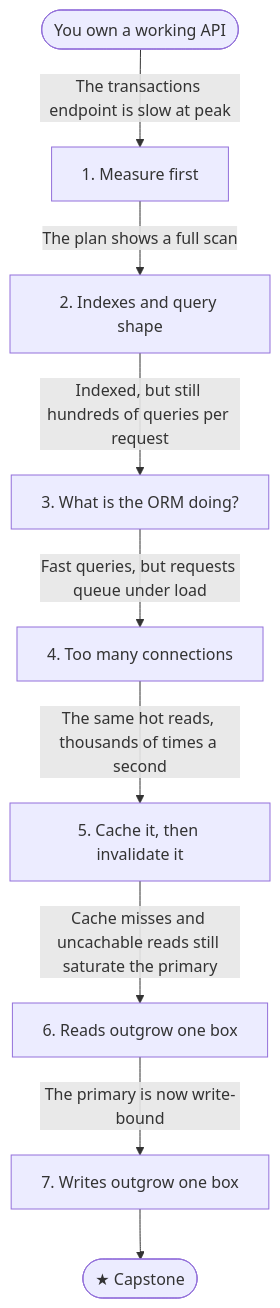
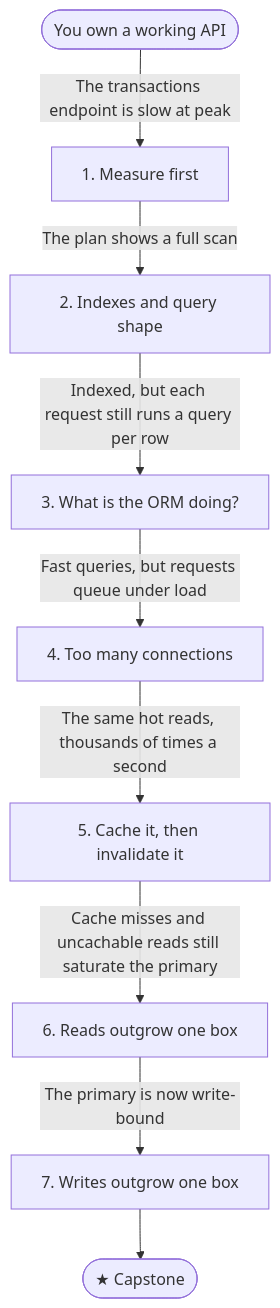
Before and after one commit to Athan020/dev-handbook: the diagram in docs/backend/journeys/your-api-gets-popular/index.md, drawn with Mermaid. The commit also changed other lines of this file and 10 other files, not shown here.

````diff
--- a/docs/backend/journeys/your-api-gets-popular/index.md
+++ b/docs/backend/journeys/your-api-gets-popular/index.md
@@ -18,18 +18,18 @@
 ```mermaid
 flowchart TB
   S1["1. Measure first"]
   S2["2. Indexes and query shape"]
   S3["3. What is the ORM doing?"]
   S4["4. Too many connections"]
   S5["5. Cache it, then invalidate it"]
   S6["6. Reads outgrow one box"]
   S7["7. Writes outgrow one box"]
   START(["You own a working API"]) -->|"The transactions endpoint is slow at peak"| S1
   S1 -->|"The plan shows a full scan"| S2
-  S2 -->|"Indexed, but still hundreds of queries per request"| S3
+  S2 -->|"Indexed, but each request still runs a query per row"| S3
   S3 -->|"Fast queries, but requests queue under load"| S4
   S4 -->|"The same hot reads, thousands of times a second"| S5
   S5 -->|"Cache misses and uncachable reads still saturate the primary"| S6
   S6 -->|"The primary is now write-bound"| S7
   S7 --> CAP(["★ Capstone"])
 ```
````
